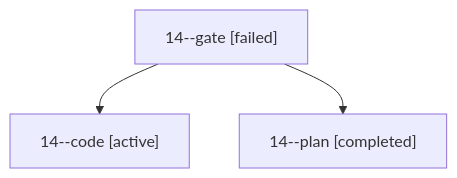
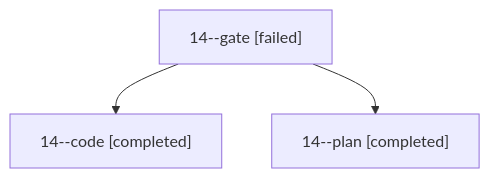
Before and after one commit to sase-org/sase--agents: the diagram in sessions/bbugyi200.apollo.14.md, drawn with Mermaid. The commit also changed other lines of this file and 12 other files, not shown here.

````diff
--- a/sessions/bbugyi200.apollo.14.md
+++ b/sessions/bbugyi200.apollo.14.md
@@ -9,8 +9,8 @@
 ```mermaid
 flowchart TD
   n0["14--gate [failed]"]
-  n1["14--code [active]"]
+  n1["14--code [completed]"]
   n0 --> n1
   n2["14--plan [completed]"]
   n0 --> n2
 ```
````
